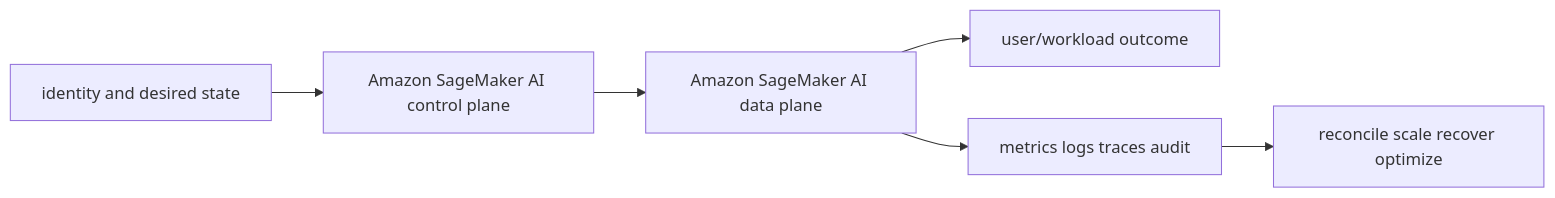
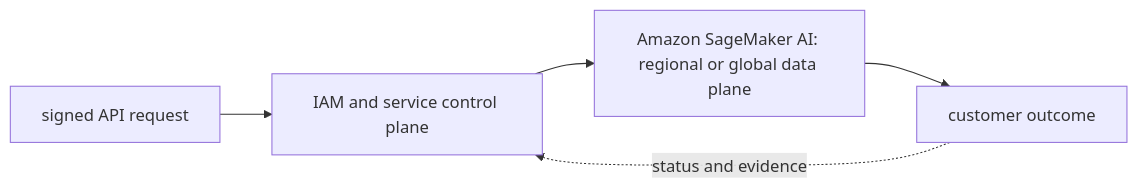
Before and after one commit to tomkidumbuyo/DevOps-interview-preparation: the diagram in 07-aws/11-ai-platform/02-sagemaker-ai/README.md, drawn with Mermaid. The commit also changed other lines of this file and 753 other files, not shown here.

````diff
--- a/07-aws/11-ai-platform/02-sagemaker-ai/README.md
+++ b/07-aws/11-ai-platform/02-sagemaker-ai/README.md
@@ -19,8 +31,7 @@
 ```mermaid
 flowchart LR
-  I[identity and desired state] --> C[Amazon SageMaker AI control plane]
-  C --> D[Amazon SageMaker AI data plane]
-  D --> U[user/workload outcome]
-  D --> O[metrics logs traces audit]
-  O --> R[reconcile scale recover optimize]
+  A["signed API request"] --> B["IAM and service control plane"]
+  B --> C["Amazon SageMaker AI: regional or global data plane"]
+  C --> D["customer outcome"]
+  D -. "status and evidence" .-> B
 ```
````
